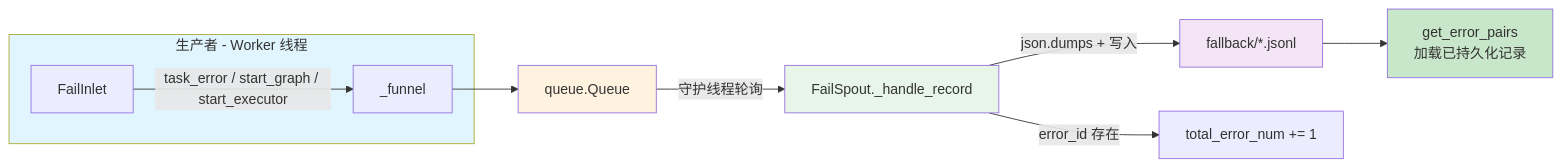
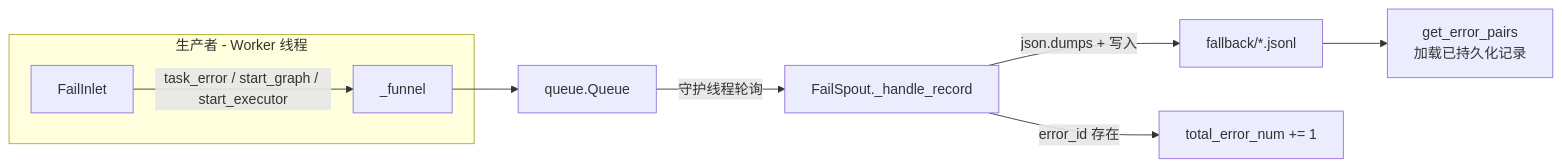
One commit to Mr-xiaotian/CelestialFlow changed the first of 2 diagrams in docs/zh-CN/src/persistence/core_fail.md. Above: the diagram before and after it, drawn with Mermaid. The commit also changed other lines of this file and 94 other files, not shown here.

````diff
--- a/docs/zh-CN/src/persistence/core_fail.md
+++ b/docs/zh-CN/src/persistence/core_fail.md
@@ -13,19 +13,12 @@
 ```mermaid
 flowchart LR
     subgraph Producer[生产者 - Worker 线程]
         Inlet[FailInlet]
         Inlet -->|task_error / start_graph / start_executor| Funnel[_funnel]
     end
     Funnel --> Queue[queue.Queue]
     Queue -->|守护线程轮询| Spout[FailSpout._handle_record]
     Spout -->|json.dumps + 写入| JSONL[fallback/*.jsonl]
     Spout -->|error_id 存在| Counter[total_error_num += 1]
-    JSONL --> Read[get_error_pairs
-加载已持久化记录]
-
-    style Producer fill:#e1f5fe
-    style Queue fill:#fff3e0
-    style Spout fill:#e8f5e9
-    style JSONL fill:#f3e5f5
-    style Read fill:#c8e6c9
+    JSONL --> Read[get_error_pairs<br/>加载已持久化记录]
 ```
````
